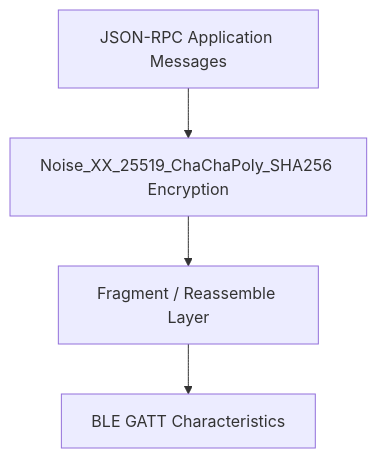
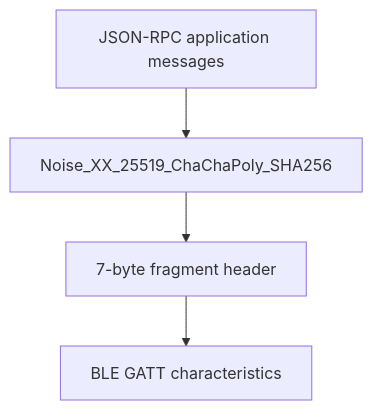
One commit to jeremyhahn/xkey-android changed the first of 2 diagrams in docs/ble-transport/architecture.md. Above: the diagram before and after it, drawn with Mermaid. The commit also changed other lines of this file and 39 other files, not shown here.

````diff
--- a/docs/ble-transport/architecture.md
+++ b/docs/ble-transport/architecture.md
@@ -13,11 +22,11 @@
 ```mermaid
 graph TB
-    APP[JSON-RPC Application Messages]
-    NOISE[Noise_XX_25519_ChaChaPoly_SHA256 Encryption]
-    FRAG[Fragment / Reassemble Layer]
-    GATT[BLE GATT Characteristics]
+    APP[JSON-RPC application messages]
+    NOISE[Noise_XX_25519_ChaChaPoly_SHA256]
+    FRAG[7-byte fragment header]
+    GATT[BLE GATT characteristics]
 
     APP --> NOISE
     NOISE --> FRAG
     FRAG --> GATT
 ```
````
